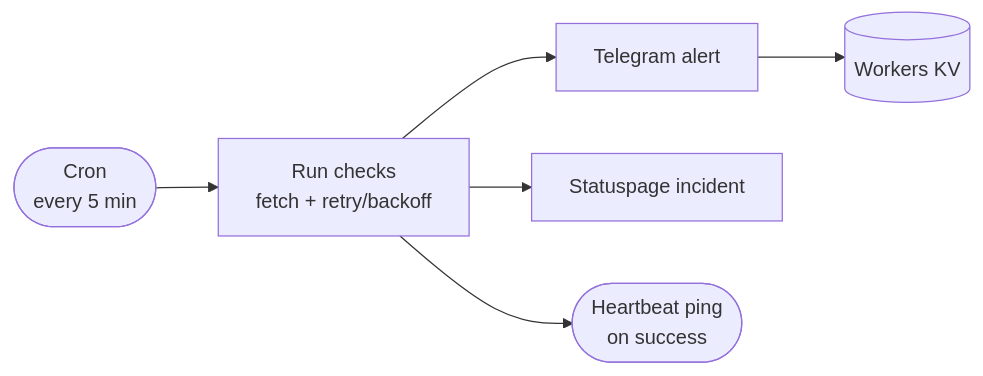
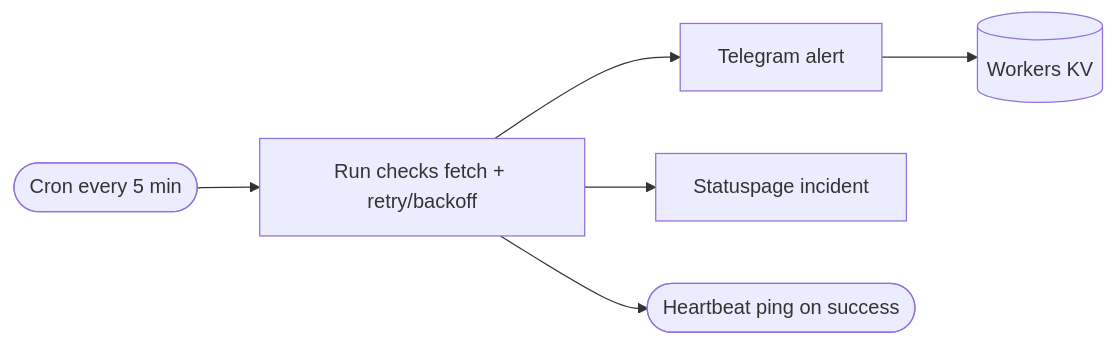
The diagram in README.md (hobroker/uptime), drawn with Mermaid before and after one commit. The commit also changed other lines of this file, not shown here.

Commit message:
fix: formatting in README and update example image

````diff
--- a/README.md
+++ b/README.md
@@ -48,8 +48,8 @@
 ```mermaid
 flowchart LR
-    cron([Cron<br/>every 5 min]) --> checks[Run checks<br/>fetch + retry/backoff]
+    cron([Cron every 5 min]) --> checks[Run checks fetch + retry/backoff]
     checks --> tg[Telegram alert]
     checks --> sp[Statuspage incident]
     tg --> kv[(Workers KV)]
-    checks --> hb([Heartbeat ping<br/>on success])
+    checks --> hb([Heartbeat ping on success])
 ```
````
